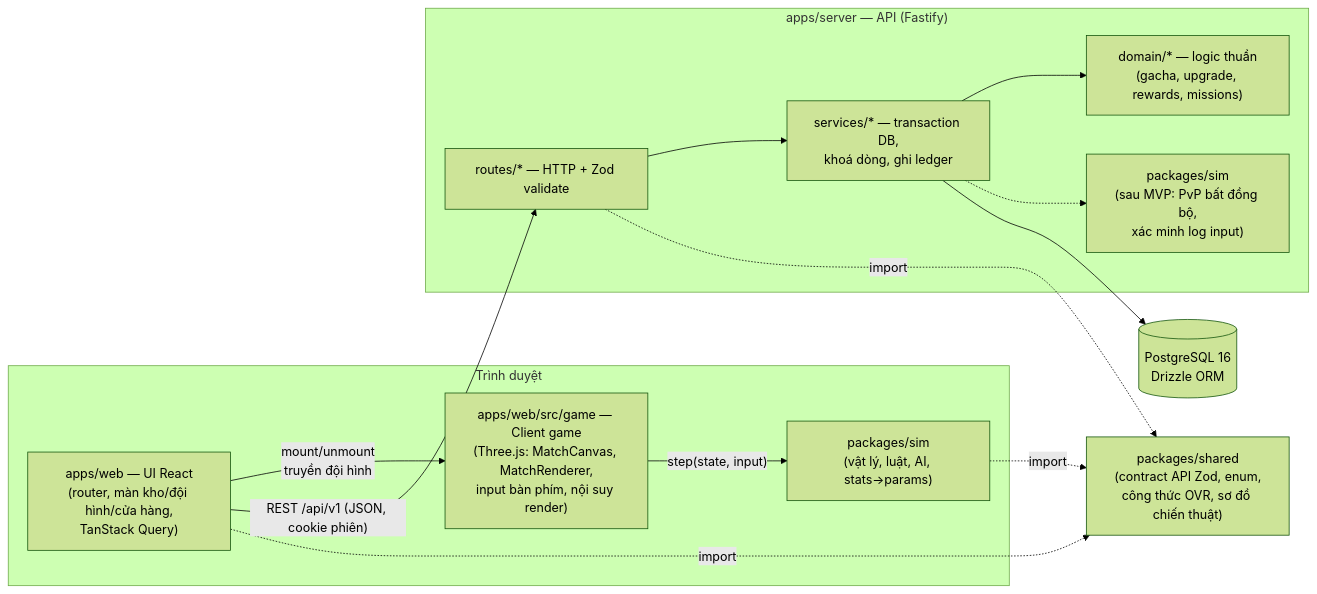
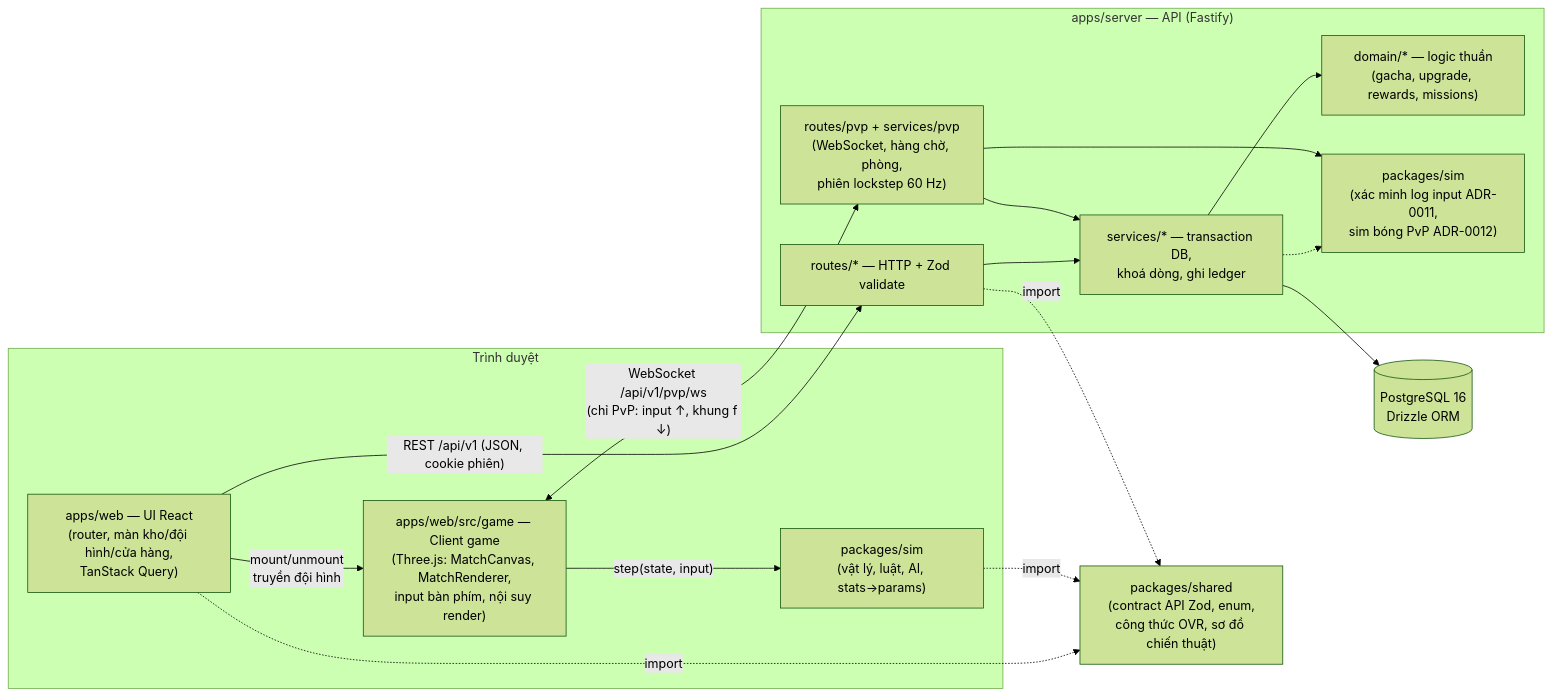
The first of 3 diagrams in docs/ARCHITECTURE.md (DucDuyNguyen15-IT/my-football-game), drawn with Mermaid (forest theme) before and after one commit. The commit also changed other lines of this file, not shown here.

Commit message:
docs/pvp: ARCHITECTURE thêm module, schema pvp_matches, enum, endpoint WS (T044)

````diff
--- a/docs/ARCHITECTURE.md
+++ b/docs/ARCHITECTURE.md
@@ -18,28 +18,32 @@
 ```mermaid
 flowchart LR
   subgraph Browser["Trình duyệt"]
     UI["apps/web — UI React<br/>(router, màn kho/đội hình/cửa hàng,<br/>TanStack Query)"]
     GAME["apps/web/src/game — Client game<br/>(Three.js: MatchCanvas, MatchRenderer,<br/>input bàn phím, nội suy render)"]
     SIM_C["packages/sim<br/>(vật lý, luật, AI, stats→params)"]
     UI -- "mount/unmount<br/>truyền đội hình" --> GAME
     GAME -- "step(state, input)" --> SIM_C
   end
 
   subgraph Server["apps/server — API (Fastify)"]
     ROUTES["routes/* — HTTP + Zod validate"]
     DOMAIN["domain/* — logic thuần<br/>(gacha, upgrade, rewards, missions)"]
     SERVICES["services/* — transaction DB,<br/>khoá dòng, ghi ledger"]
-    SIM_S["packages/sim<br/>(sau MVP: PvP bất đồng bộ,<br/>xác minh log input)"]
+    SIM_S["packages/sim<br/>(xác minh log input ADR-0011,<br/>sim bóng PvP ADR-0012)"]
+    PVP["routes/pvp + services/pvp<br/>(WebSocket, hàng chờ, phòng,<br/>phiên lockstep 60 Hz)"]
     ROUTES --> SERVICES --> DOMAIN
     SERVICES -.-> SIM_S
+    PVP --> SIM_S
+    PVP --> SERVICES
   end
 
   SHARED["packages/shared<br/>(contract API Zod, enum,<br/>công thức OVR, sơ đồ chiến thuật)"]
   DB[("PostgreSQL 16<br/>Drizzle ORM")]
 
   UI -- "REST /api/v1 (JSON, cookie phiên)" --> ROUTES
+  GAME <-- "WebSocket /api/v1/pvp/ws<br/>(chỉ PvP: input ↑, khung f ↓)" --> PVP
   SERVICES --> DB
   UI -.import.-> SHARED
   ROUTES -.import.-> SHARED
   SIM_C -.import.-> SHARED
 ```
````
